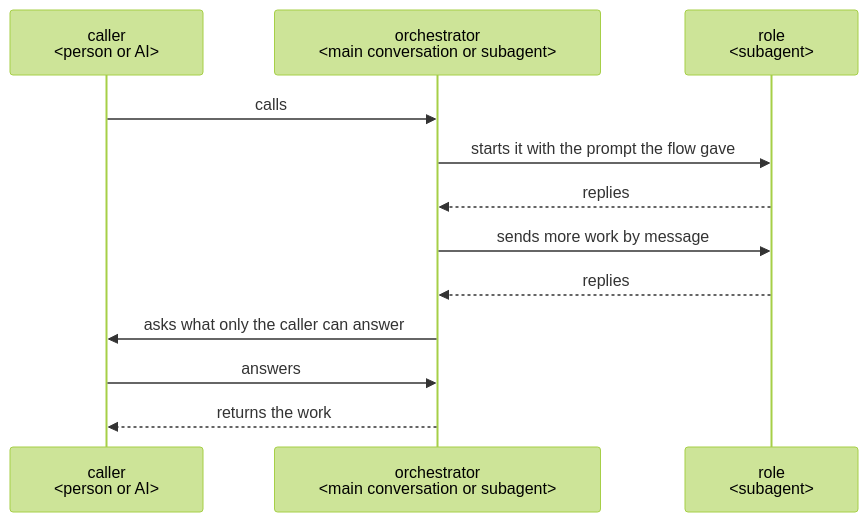
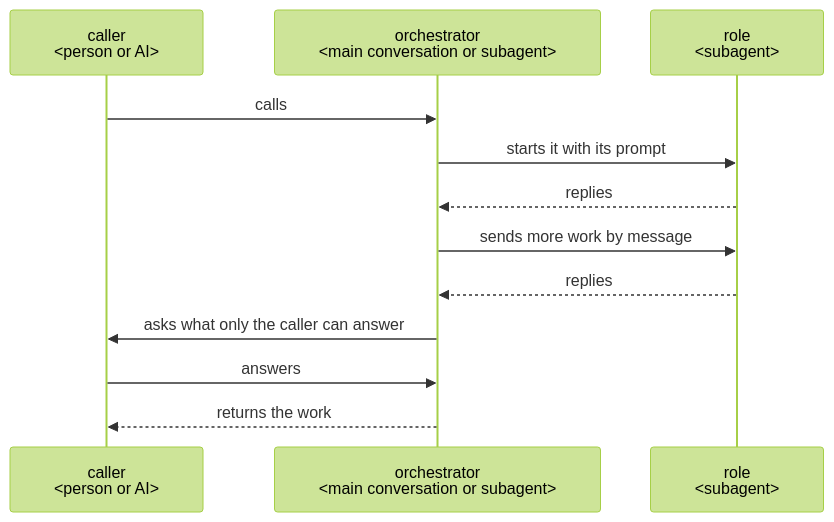
Before and after one commit to lovaizu/ccpm: the second of 2 diagrams in dev/architecture.md, drawn with Mermaid (forest theme). The commit also changed other lines of this file and 5 other files, not shown here.

````diff
--- a/dev/architecture.md
+++ b/dev/architecture.md
@@ -106,14 +103,14 @@
 ```mermaid
 sequenceDiagram
   participant C as caller<br/>#lt;person or AI#gt;
   participant O as orchestrator<br/>#lt;main conversation or subagent#gt;
   participant R as role<br/>#lt;subagent#gt;
   C->>O: calls
-  O->>R: starts it with the prompt the flow gave
+  O->>R: starts it with its prompt
   R-->>O: replies
   O->>R: sends more work by message
   R-->>O: replies
   O->>C: asks what only the caller can answer
   C->>O: answers
   O-->>C: returns the work
 ```
````
